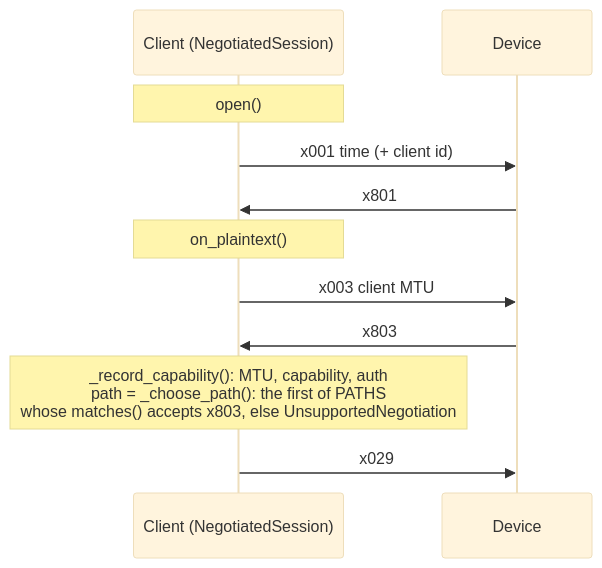
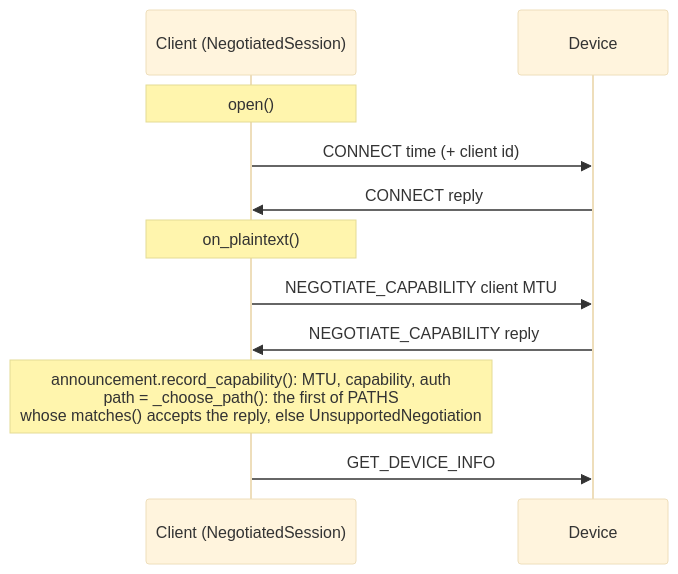
One commit to flip-dots/SolixBLE changed diagram 13 of 15 in docs/source/protocols.rst. Above: the diagram before and after it, drawn with Mermaid (base theme). The commit also changed other lines of this file, not shown here.

First line of the commit message:
Update the protocols page for the packet fields and the paths

```diff
--- a/docs/source/protocols.rst
+++ b/docs/source/protocols.rst
@@ -697,13 +825,13 @@
 .. mermaid::
 
   sequenceDiagram
     participant C as Client (NegotiatedSession)
     participant D as Device
     Note over C: open()
-    C->>D: x001 time (+ client id)
-    D->>C: x801
+    C->>D: CONNECT time (+ client id)
+    D->>C: CONNECT reply
     Note over C: on_plaintext()
-    C->>D: x003 client MTU
-    D->>C: x803
-    Note over C: _record_capability(): MTU, capability, auth<br/>path = _choose_path(): the first of PATHS<br/>whose matches() accepts x803, else UnsupportedNegotiation
-    C->>D: x029
+    C->>D: NEGOTIATE_CAPABILITY client MTU
+    D->>C: NEGOTIATE_CAPABILITY reply
+    Note over C: announcement.record_capability(): MTU, capability, auth<br/>path = _choose_path(): the first of PATHS<br/>whose matches() accepts the reply, else UnsupportedNegotiation
+    C->>D: GET_DEVICE_INFO
```
